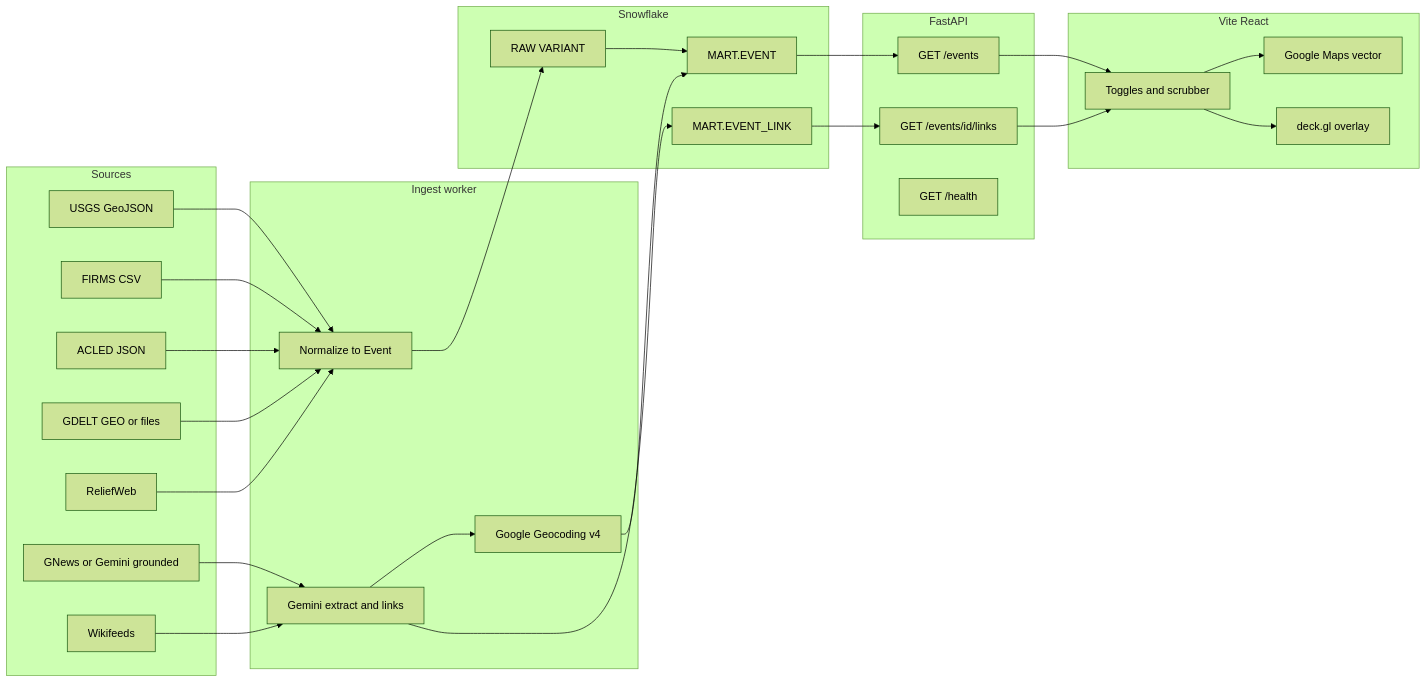
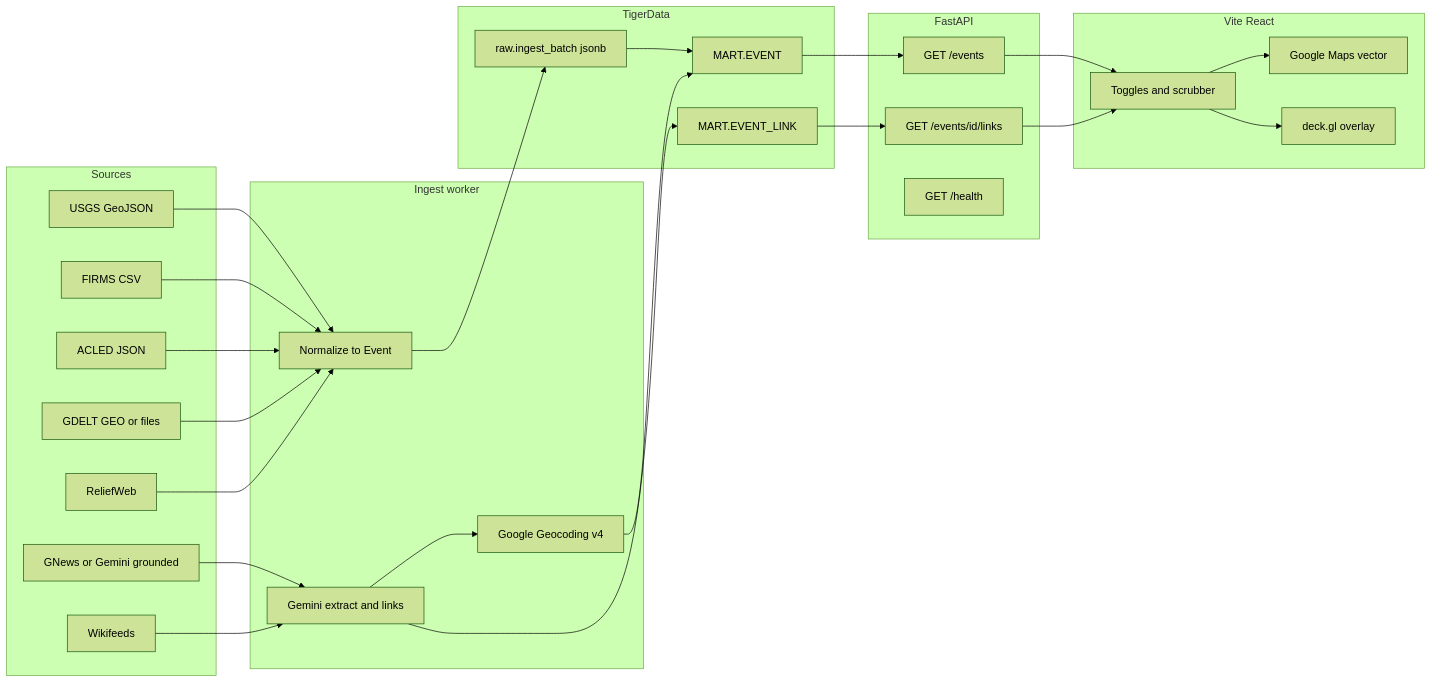
The diagram in docs/architecture.md (tm1944/eye-of-horus), drawn with Mermaid (forest theme) before and after one commit. The commit also changed other lines of this file and 23 other files, not shown here.

First line of the commit message:
Replace Snowflake with the shared TigerData event database.

````diff
--- a/docs/architecture.md
+++ b/docs/architecture.md
@@ -231,55 +227,55 @@
 ```mermaid
 flowchart LR
   subgraph sources [Sources]
     USGS[USGS GeoJSON]
     FIRMS[FIRMS CSV]
     ACLED[ACLED JSON]
     GDELT[GDELT GEO or files]
     RW[ReliefWeb]
     NEWS[GNews or Gemini grounded]
     WIKI[Wikifeeds]
   end
 
   subgraph ingest [Ingest worker]
     NORM[Normalize to Event]
     GEO[Google Geocoding v4]
     LLM[Gemini extract and links]
   end
 
-  subgraph store [Snowflake]
-    RAW[RAW VARIANT]
+  subgraph store [TigerData]
+    RAW[raw.ingest_batch jsonb]
     MART[MART.EVENT]
     LINKS[MART.EVENT_LINK]
   end
 
   subgraph api [FastAPI]
     Q[GET /events]
     L[GET /events/id/links]
     H[GET /health]
   end
 
   subgraph ui [Vite React]
     MAP[Google Maps vector]
     DECK[deck.gl overlay]
     UI[Toggles and scrubber]
   end
 
   USGS --> NORM
   FIRMS --> NORM
   ACLED --> NORM
   GDELT --> NORM
   RW --> NORM
   NEWS --> LLM
   WIKI --> LLM
   LLM --> GEO
   NORM --> RAW
   GEO --> MART
   LLM --> LINKS
   RAW --> MART
   MART --> Q
   LINKS --> L
   Q --> UI
   L --> UI
   UI --> MAP
   UI --> DECK
 ```
````
